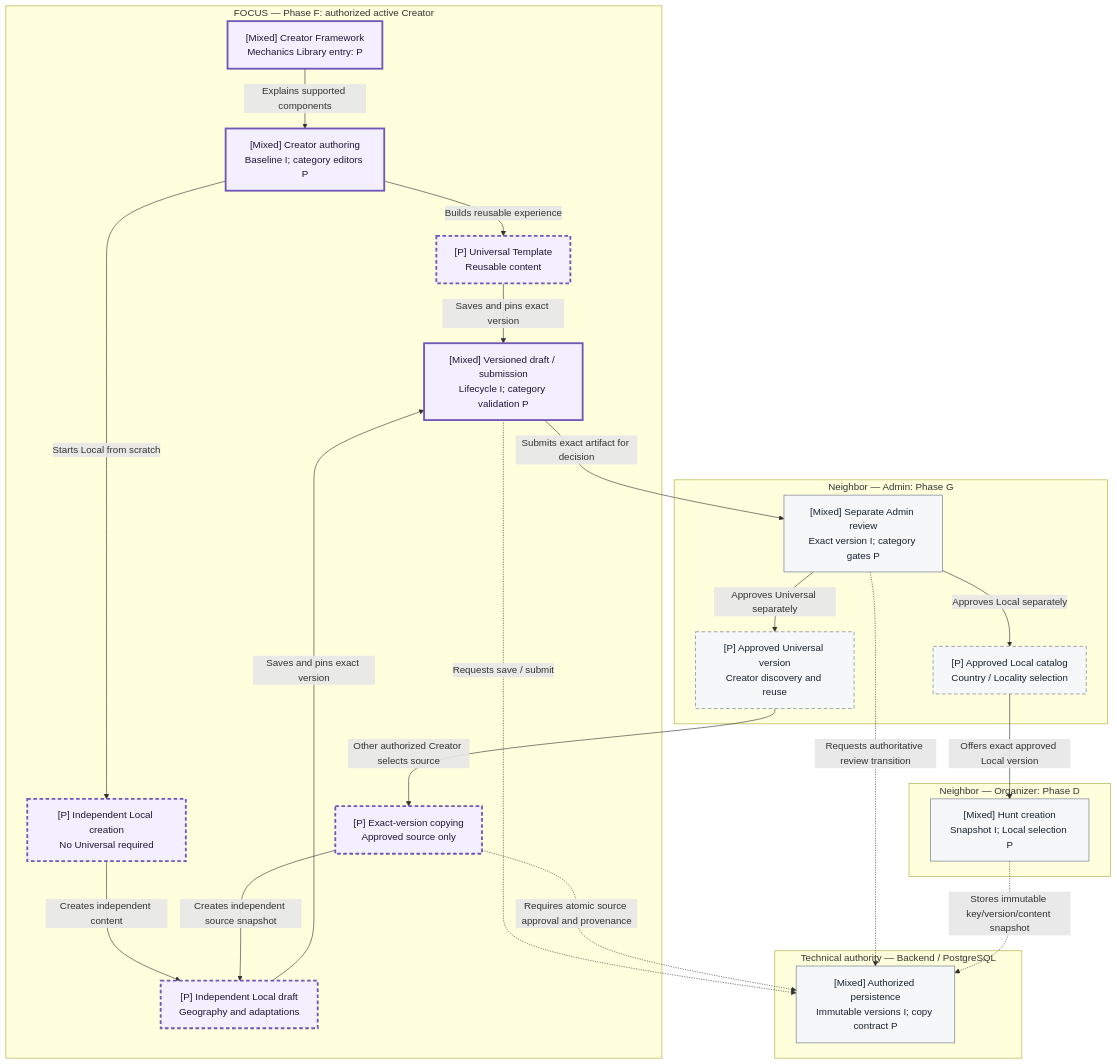
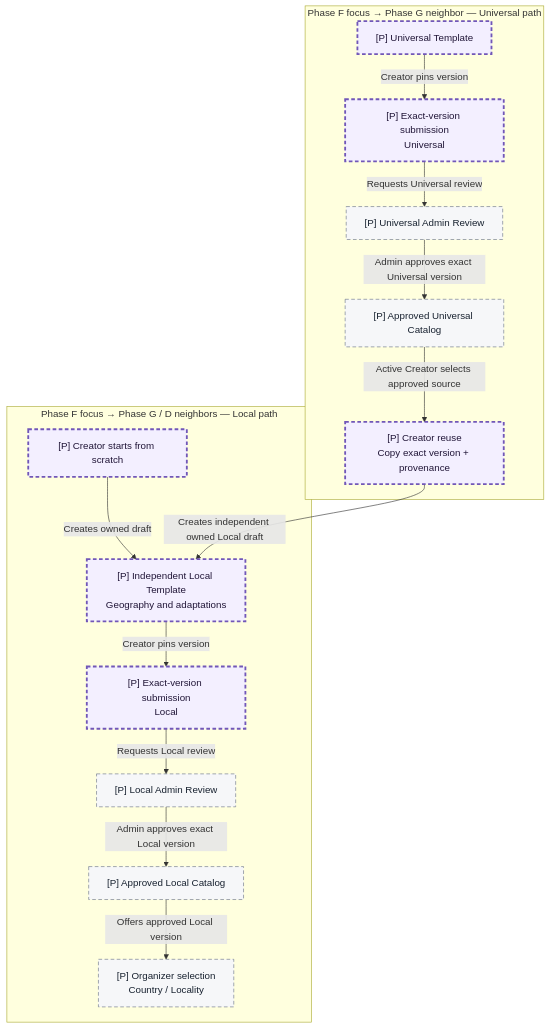
Before and after one commit to tedixdev-arch/Tedix_Hunt_FE: the second of 3 diagrams in docs/TedixHunt_Prototype_Architecture_Implementation_Plan.md, drawn with Mermaid. The commit also changed other lines of this file, not shown here.

Commit message:
docs: refine v3.5 architecture diagrams and conventions

````diff
--- a/docs/TedixHunt_Prototype_Architecture_Implementation_Plan.md
+++ b/docs/TedixHunt_Prototype_Architecture_Implementation_Plan.md
@@ -1055,45 +1050,34 @@
 ```mermaid
 flowchart TB
-  subgraph creator["FOCUS — Phase F: authorized active Creator"]
-    library["[Mixed] Creator Framework<br/>Mechanics Library entry: P"]
-    author["[Mixed] Creator authoring<br/>Baseline I; category editors P"]
-    universal["[P] Universal Template<br/>Reusable content"]
-    copy["[P] Exact-version copying<br/>Approved source only"]
-    scratch["[P] Independent Local creation<br/>No Universal required"]
-    local["[P] Independent Local draft<br/>Geography and adaptations"]
-    version["[Mixed] Versioned draft / submission<br/>Lifecycle I; category validation P"]
-    library -->|"Explains supported components"| author
-    author -->|"Builds reusable experience"| universal
-    author -->|"Starts Local from scratch"| scratch
-    scratch -->|"Creates independent content"| local
-    copy -->|"Creates independent source snapshot"| local
-    universal -->|"Saves and pins exact version"| version
-    local -->|"Saves and pins exact version"| version
+  subgraph uPath["Phase F focus → Phase G neighbor — Universal path"]
+    universal["[P] Universal Template"]
+    submitU["[P] Exact-version submission<br/>Universal"]
+    reviewU["[P] Universal Admin Review"]
+    catalogU["[P] Approved Universal Catalog"]
+    reuse["[P] Creator reuse<br/>Copy exact version + provenance"]
+    universal -->|"Creator pins version"| submitU
+    submitU -->|"Requests Universal review"| reviewU
+    reviewU -->|"Admin approves exact Universal version"| catalogU
+    catalogU -->|"Active Creator selects approved source"| reuse
   end
-  subgraph governance["Neighbor — Admin: Phase G"]
-    review["[Mixed] Separate Admin review<br/>Exact version I; category gates P"]
-    approvedU["[P] Approved Universal version<br/>Creator discovery and reuse"]
-    catalog["[P] Approved Local catalog<br/>Country / Locality selection"]
+  subgraph lPath["Phase F focus → Phase G / D neighbors — Local path"]
+    scratch["[P] Creator starts from scratch"]
+    local["[P] Independent Local Template<br/>Geography and adaptations"]
+    submitL["[P] Exact-version submission<br/>Local"]
+    reviewL["[P] Local Admin Review"]
+    catalogL["[P] Approved Local Catalog"]
+    organizer["[P] Organizer selection<br/>Country / Locality"]
+    scratch -->|"Creates owned draft"| local
+    local -->|"Creator pins version"| submitL
+    submitL -->|"Requests Local review"| reviewL
+    reviewL -->|"Admin approves exact Local version"| catalogL
+    catalogL -->|"Offers approved Local version"| organizer
   end
-  subgraph setup["Neighbor — Organizer: Phase D"]
-    hunt["[Mixed] Hunt creation<br/>Snapshot I; Local selection P"]
-  end
-  subgraph storage["Technical authority — Backend / PostgreSQL"]
-    persistence["[Mixed] Authorized persistence<br/>Immutable versions I; copy contract P"]
-  end
-  version -->|"Submits exact artifact for decision"| review
-  review -->|"Approves Universal separately"| approvedU
-  approvedU -->|"Other authorized Creator selects source"| copy
-  review -->|"Approves Local separately"| catalog
-  catalog -->|"Offers exact approved Local version"| hunt
-  version -.->|"Requests save / submit"| persistence
-  review -.->|"Requests authoritative review transition"| persistence
-  copy -.->|"Requires atomic source approval and provenance"| persistence
-  hunt -.->|"Stores immutable key/version/content snapshot"| persistence
+  reuse -->|"Creates independent owned Local draft"| local
   classDef focus fill:#F3EFFF,stroke:#7157B8,stroke-width:3px,color:#211638;
   classDef neighbor fill:#F6F7F9,stroke:#667085,stroke-width:1px,color:#182230;
   classDef planned stroke-dasharray:6 4;
-  class library,author,universal,copy,scratch,local,version focus;
-  class review,approvedU,catalog,hunt,persistence neighbor;
-  class universal,copy,scratch,local,approvedU,catalog planned;
+  class universal,submitU,reuse,scratch,local,submitL focus;
+  class reviewU,catalogU,reviewL,catalogL,organizer neighbor;
+  class universal,submitU,reviewU,catalogU,reuse,scratch,local,submitL,reviewL,catalogL,organizer planned;
 ```
````
